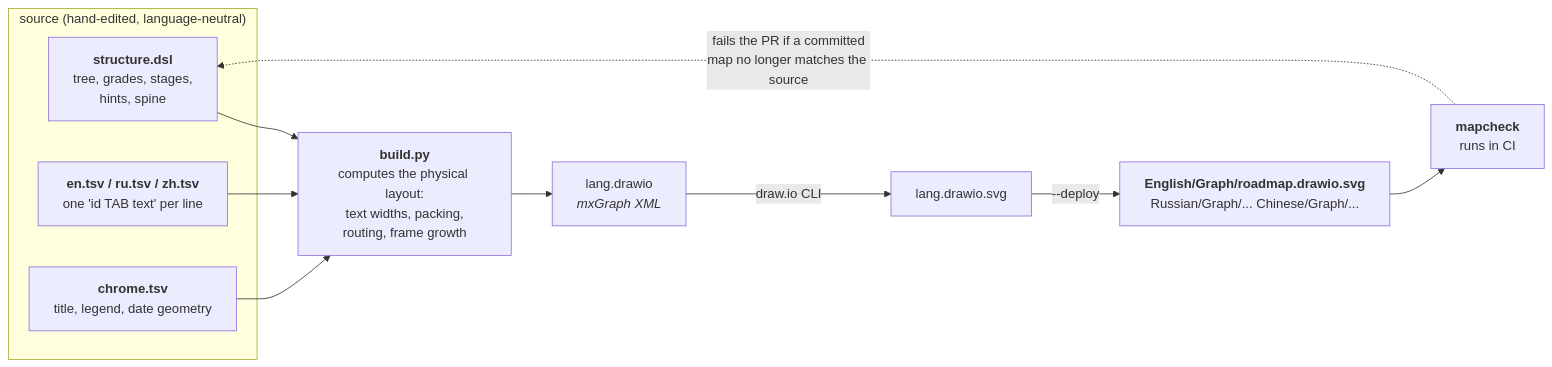
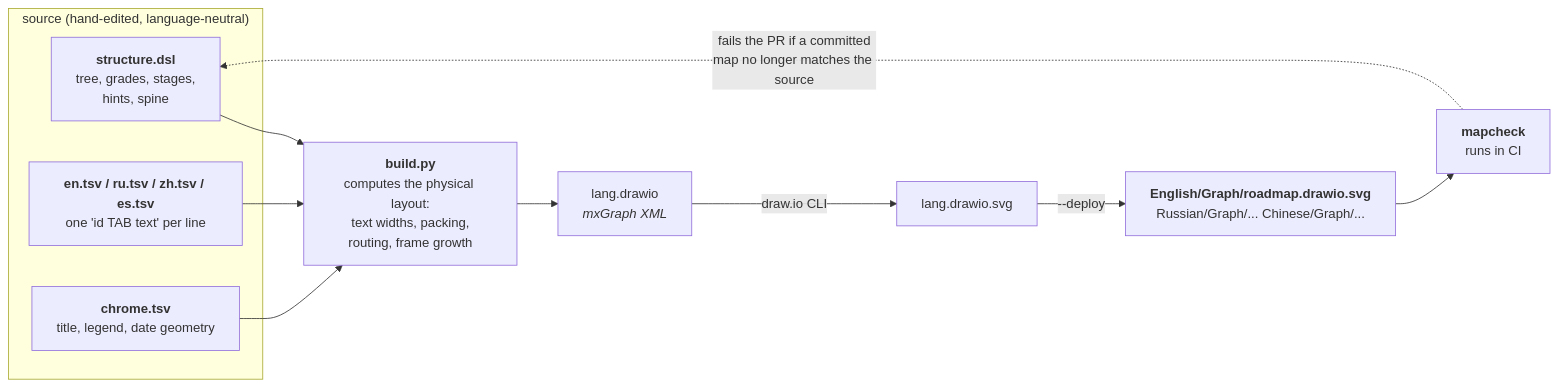
Before and after one commit to salmer/CppDeveloperRoadmap: the first of 2 diagrams in tools/mapgen/README.md, drawn with Mermaid. The commit also changed other lines of this file and 24 other files, not shown here.

````diff
--- a/tools/mapgen/README.md
+++ b/tools/mapgen/README.md
@@ -32,22 +32,22 @@
 ```mermaid
 flowchart LR
     subgraph SRC["source (hand-edited, language-neutral)"]
         DSL["<b>structure.dsl</b><br/>tree, grades, stages,<br/>hints, spine"]
-        TSV["<b>en.tsv / ru.tsv / zh.tsv</b><br/>one 'id TAB text' per line"]
+        TSV["<b>en.tsv / ru.tsv / zh.tsv / es.tsv</b><br/>one 'id TAB text' per line"]
         CHR["<b>chrome.tsv</b><br/>title, legend, date geometry"]
     end
     BUILD["<b>build.py</b><br/>computes the physical layout:<br/>text widths, packing,<br/>routing, frame growth"]
     XML["lang.drawio<br/><i>mxGraph XML</i>"]
     SVG["lang.drawio.svg"]
     LIVE["<b>English/Graph/roadmap.drawio.svg</b><br/>Russian/Graph/... Chinese/Graph/..."]
     CHECK["<b>mapcheck</b><br/>runs in CI"]
 
     DSL --> BUILD
     TSV --> BUILD
     CHR --> BUILD
     BUILD --> XML
     XML -- "draw.io CLI" --> SVG
     SVG -- "--deploy" --> LIVE
     LIVE --> CHECK
     CHECK -. "fails the PR if a committed<br/>map no longer matches the source" .-> DSL
 ```
````
